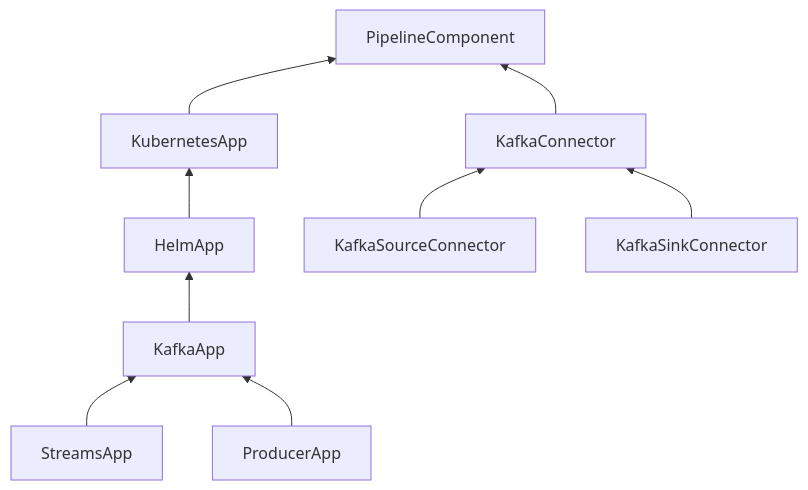
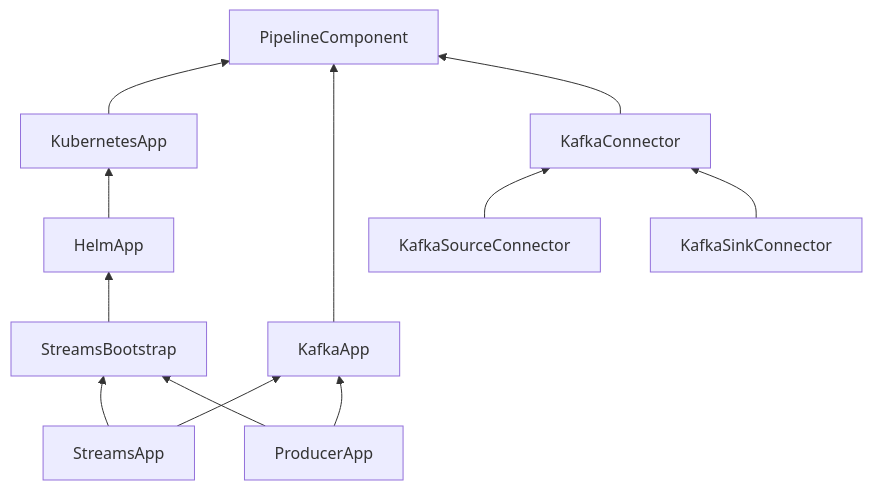
Before and after one commit to bakdata/kpops: the diagram in docs/docs/resources/architecture/components-hierarchy.md, drawn with Mermaid.

Commit message:
Update components hierarchy diagram

````diff
--- a/docs/docs/resources/architecture/components-hierarchy.md
+++ b/docs/docs/resources/architecture/components-hierarchy.md
@@ -1,20 +1,24 @@
 ```mermaid
 flowchart BT
     KubernetesApp --> PipelineComponent
+    KafkaApp --> PipelineComponent
     HelmApp --> KubernetesApp
-    KafkaApp --> HelmApp
+    StreamsBootstrap --> HelmApp
     StreamsApp --> KafkaApp
+    StreamsApp --> StreamsBootstrap
     ProducerApp --> KafkaApp
+    ProducerApp --> StreamsBootstrap
     KafkaConnector --> PipelineComponent
     KafkaSourceConnector --> KafkaConnector
     KafkaSinkConnector --> KafkaConnector
 
     click KubernetesApp "/kpops/user/core-concepts/components/kubernetes-app"
     click HelmApp "/kpops/user/core-concepts/components/helm-app"
     click KafkaApp "/kpops/user/core-concepts/components/kafka-app"
+    click StreamsBootstrap "/kpops/user/core-concepts/components/streams-bootstrap"
     click StreamsApp "/kpops/user/core-concepts/components/streams-app"
     click ProducerApp "/kpops/user/core-concepts/components/producer-app"
     click KafkaConnector "/kpops/user/core-concepts/components/kafka-connector"
     click KafkaSourceConnector "/kpops/user/core-concepts/components/kafka-source-connector"
     click KafkaSinkConnector "/kpops/user/core-concepts/components/kafka-sink-connector"
 ```
````
